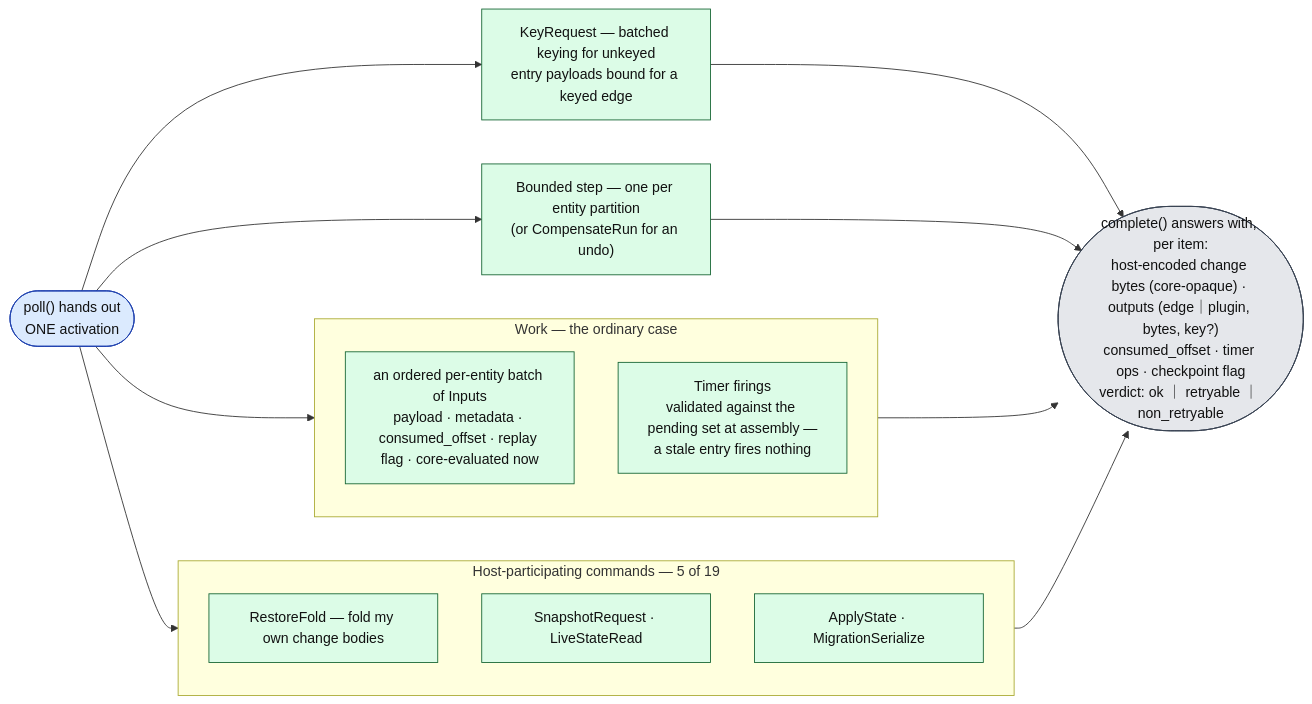
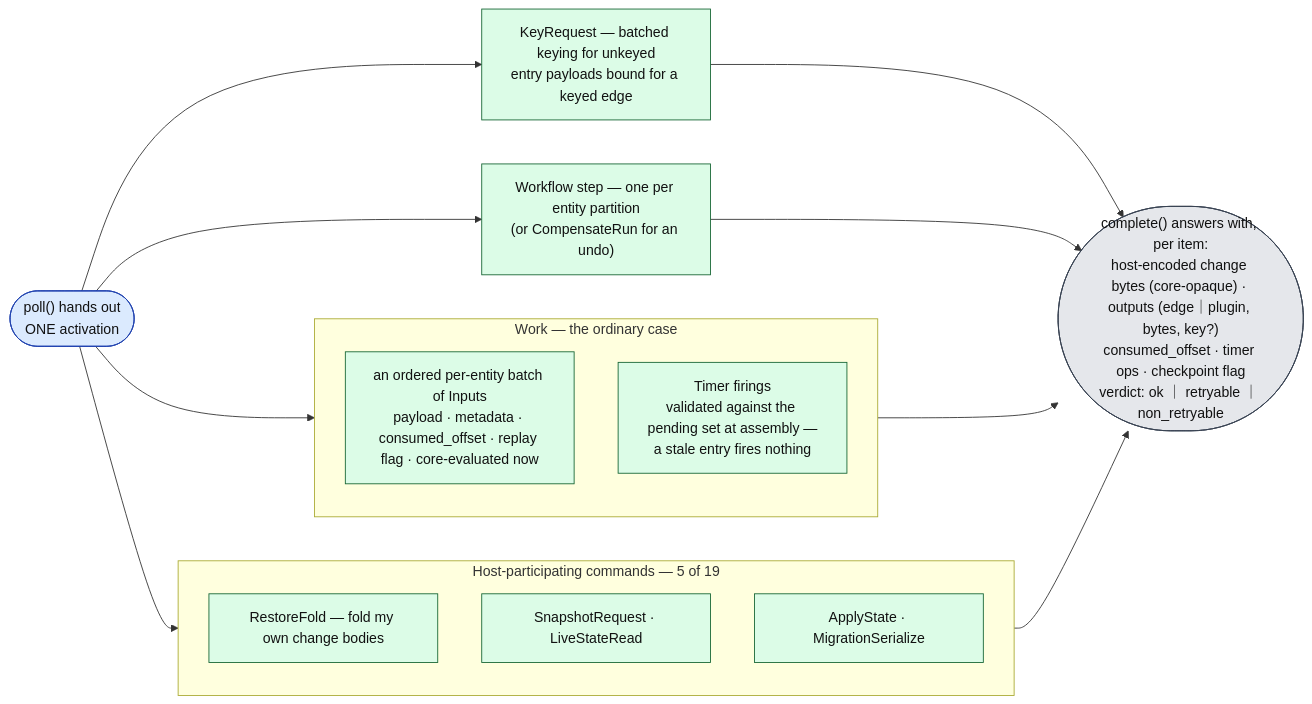
The third of 8 diagrams in docs/architecture/runner.md (Flezha/flezha), drawn with Mermaid before and after one commit. The commit also changed other lines of this file and 431 other files, not shown here.

````diff
--- a/docs/architecture/runner.md
+++ b/docs/architecture/runner.md
@@ -91,36 +91,36 @@
 ```mermaid
 flowchart LR
     POLL(["poll() hands out<br/>ONE activation"]):::ctrl
 
     subgraph WORK["Work — the ordinary case"]
         direction TB
         W1["an ordered per-entity batch of Inputs<br/>payload · metadata · consumed_offset · replay flag · core-evaluated now"]:::exec
         W2["Timer firings<br/>validated against the pending set at assembly —<br/>a stale entry fires nothing"]:::exec
     end
 
     subgraph CMD["Host-participating commands — 5 of 19"]
         direction TB
         M1["RestoreFold — fold my own change bodies"]:::exec
         M2["SnapshotRequest · LiveStateRead"]:::exec
         M3["ApplyState · MigrationSerialize"]:::exec
     end
 
     KR["KeyRequest — batched keying for unkeyed<br/>entry payloads bound for a keyed edge"]:::exec
-    BS["Bounded step — one per entity partition<br/>(or CompensateRun for an undo)"]:::exec
+    BS["Workflow step — one per entity partition<br/>(or CompensateRun for an undo)"]:::exec
 
     POLL --> WORK
     POLL --> CMD
     POLL --> KR
     POLL --> BS
 
     RES(["complete() answers with, per item:<br/>host-encoded change bytes (core-opaque) · outputs (edge｜plugin, bytes, key?)<br/>consumed_offset · timer ops · checkpoint flag<br/>verdict: ok ｜ retryable ｜ non_retryable"]):::store
 
     WORK --> RES
     CMD --> RES
     KR --> RES
     BS --> RES
 
     classDef ctrl fill:#dbeafe,stroke:#1e40af,color:#111
     classDef exec fill:#dcfce7,stroke:#166534,color:#111
     classDef store fill:#e5e7eb,stroke:#374151,color:#111
 ```
````
